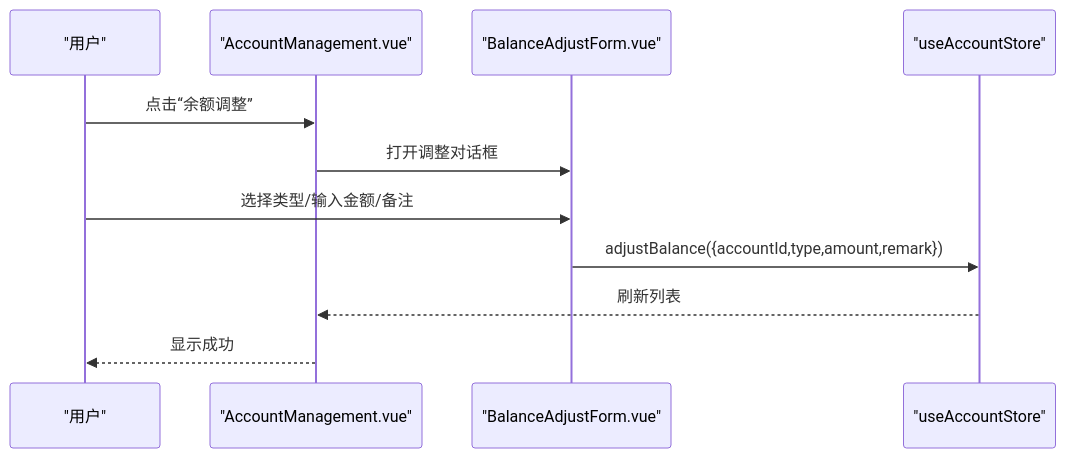
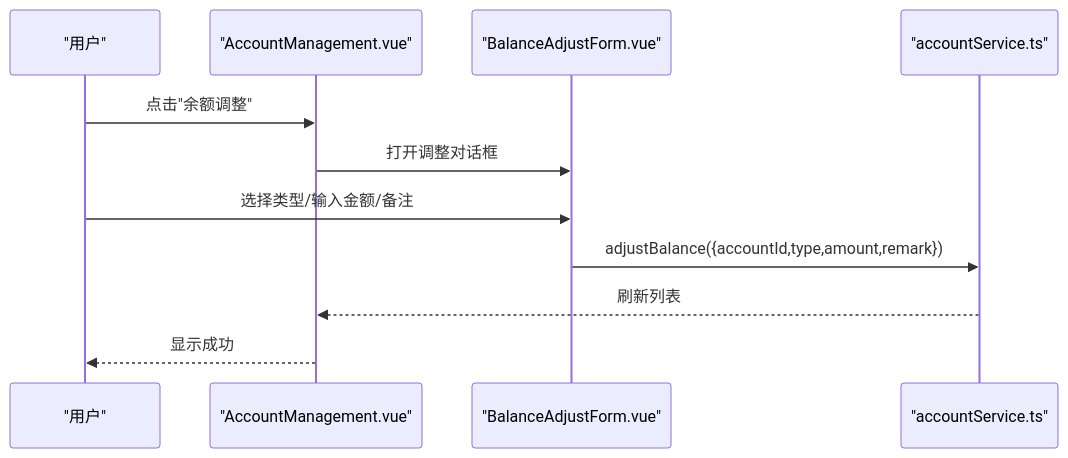
The seventh of 11 diagrams in .qoder/repowiki/zh/content/账户管理/账户管理.md (xiao-lin-unit/yuan), drawn with Mermaid before and after one commit. The commit also changed other lines of this file and 19 other files, not shown here.

````diff
--- a/.qoder/repowiki/zh/content/账户管理/账户管理.md
+++ b/.qoder/repowiki/zh/content/账户管理/账户管理.md
@@ -260,13 +255,13 @@
 ```mermaid
 sequenceDiagram
 participant U as "用户"
 participant V as "AccountManagement.vue"
 participant F as "BalanceAdjustForm.vue"
-participant S as "useAccountStore"
-U->>V : 点击“余额调整”
+participant S as "accountService.ts"
+U->>V : 点击"余额调整"
 V->>F : 打开调整对话框
 U->>F : 选择类型/输入金额/备注
 F->>S : adjustBalance({accountId,type,amount,remark})
 S-->>V : 刷新列表
 V-->>U : 显示成功
 ```
````
